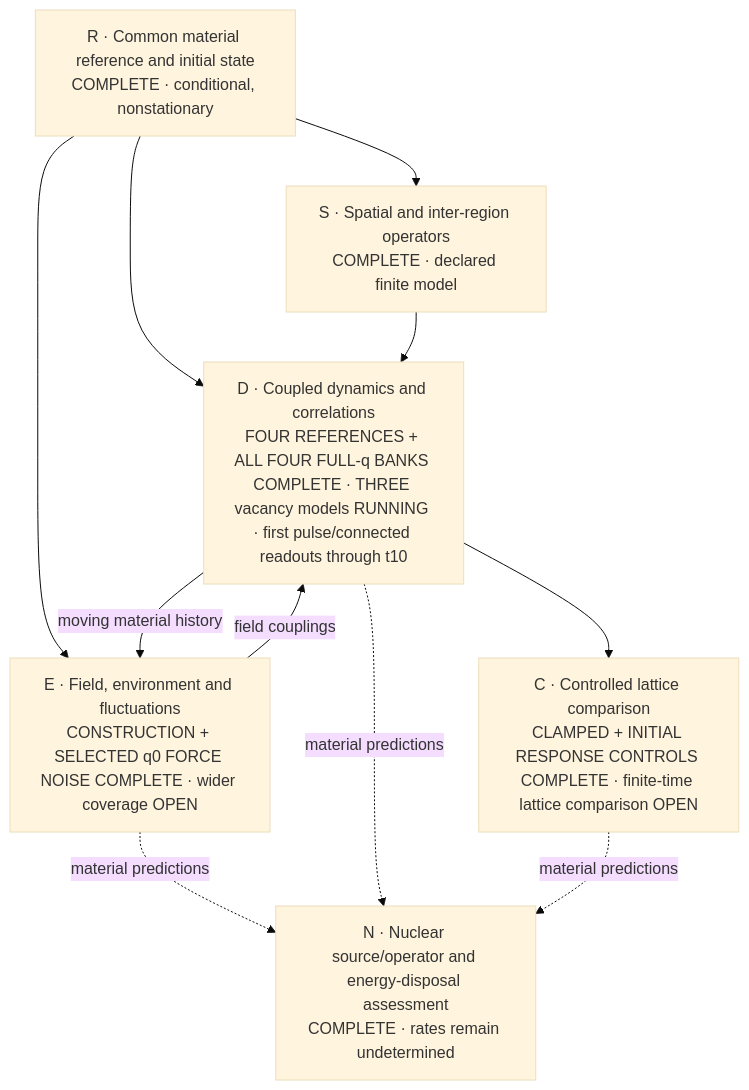
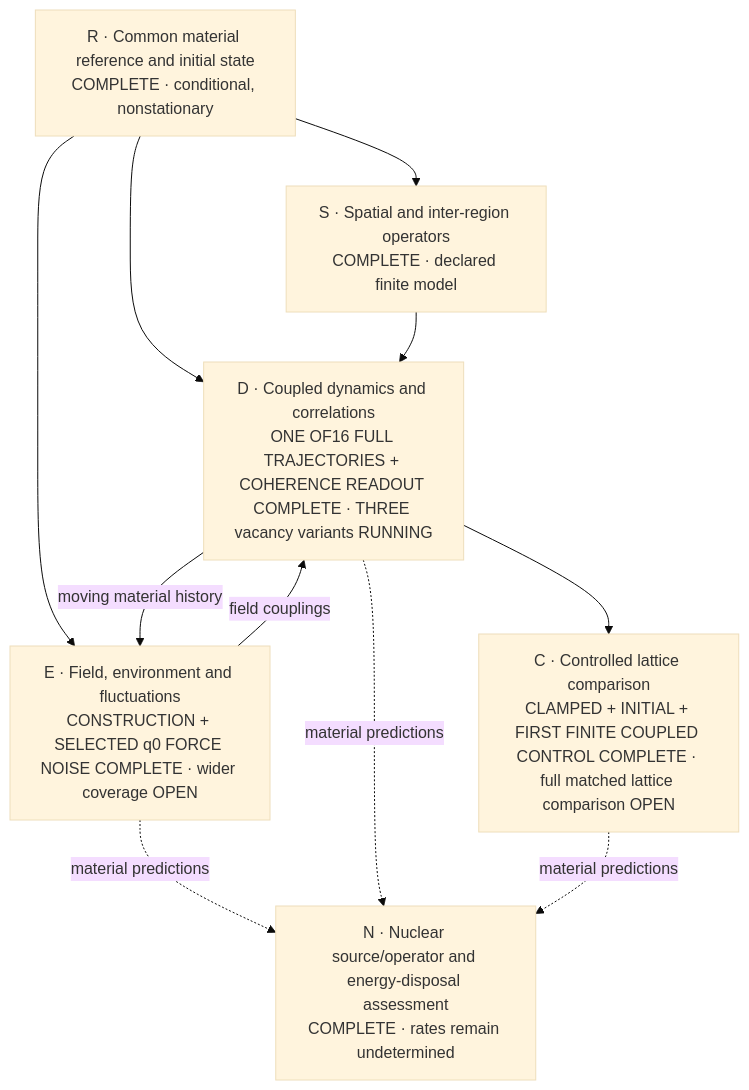
Before and after one commit to vantasnerdan/substrate-framework: the first of 2 diagrams in proposals/P254-ni-collective-response/SOLUTION.md, drawn with Mermaid (base theme). The commit also changed other lines of this file and 5 other files, not shown here.

Commit message:
Publish first actual full-grid coherence curve and matched canonical control

````diff
--- a/proposals/P254-ni-collective-response/SOLUTION.md
+++ b/proposals/P254-ni-collective-response/SOLUTION.md
@@ -18,19 +18,19 @@
 ```mermaid
 flowchart TD
     R["R · Common material reference and initial state\nCOMPLETE · conditional, nonstationary"]
     S["S · Spatial and inter-region operators\nCOMPLETE · declared finite model"]
     E["E · Field, environment and fluctuations\nCONSTRUCTION + SELECTED q0 FORCE NOISE COMPLETE · wider coverage OPEN"]
-    D["D · Coupled dynamics and correlations\nFOUR REFERENCES + ALL FOUR FULL-q BANKS COMPLETE · THREE vacancy models RUNNING · first pulse/connected readouts through t10"]
-    C["C · Controlled lattice comparison\nCLAMPED + INITIAL RESPONSE CONTROLS COMPLETE · finite-time lattice comparison OPEN"]
+    D["D · Coupled dynamics and correlations\nONE OF16 FULL TRAJECTORIES + COHERENCE READOUT COMPLETE · THREE vacancy variants RUNNING"]
+    C["C · Controlled lattice comparison\nCLAMPED + INITIAL + FIRST FINITE COUPLED CONTROL COMPLETE · full matched lattice comparison OPEN"]
     N["N · Nuclear source/operator and energy-disposal assessment\nCOMPLETE · rates remain undetermined"]
     R --> S
     R --> E
     R --> D
     S --> D
     E -- "field couplings" --> D
     D -- "moving material history" --> E
     D --> C
     E -. "material predictions" .-> N
     D -. "material predictions" .-> N
     C -. "material predictions" .-> N
 ```
````
